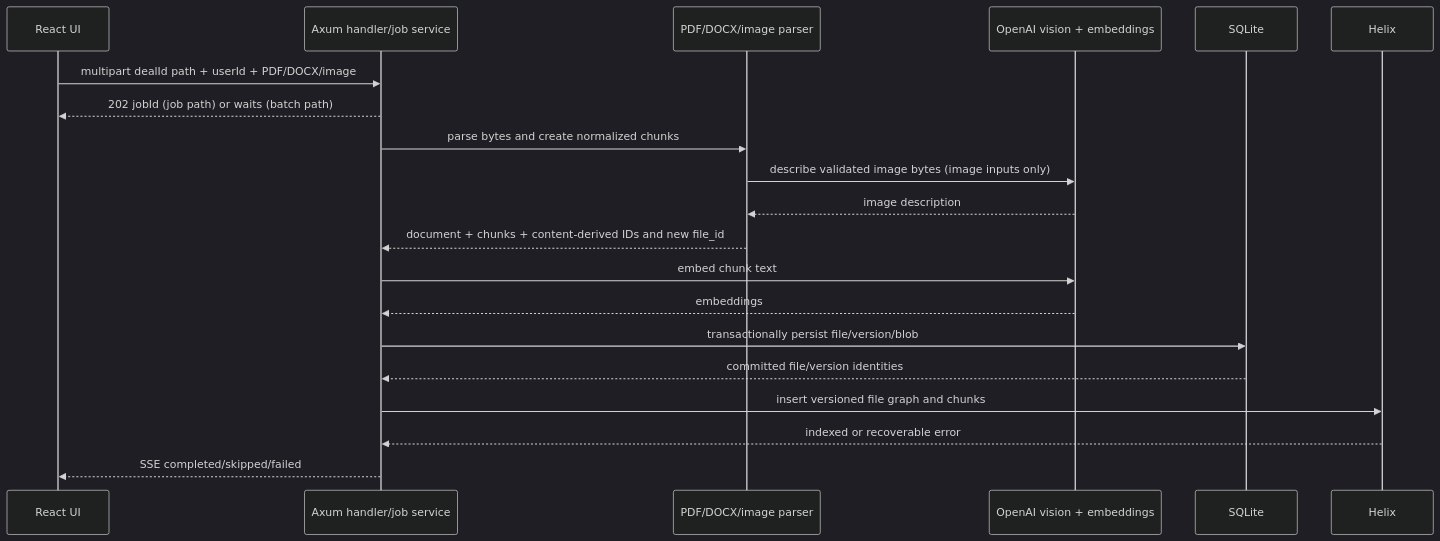
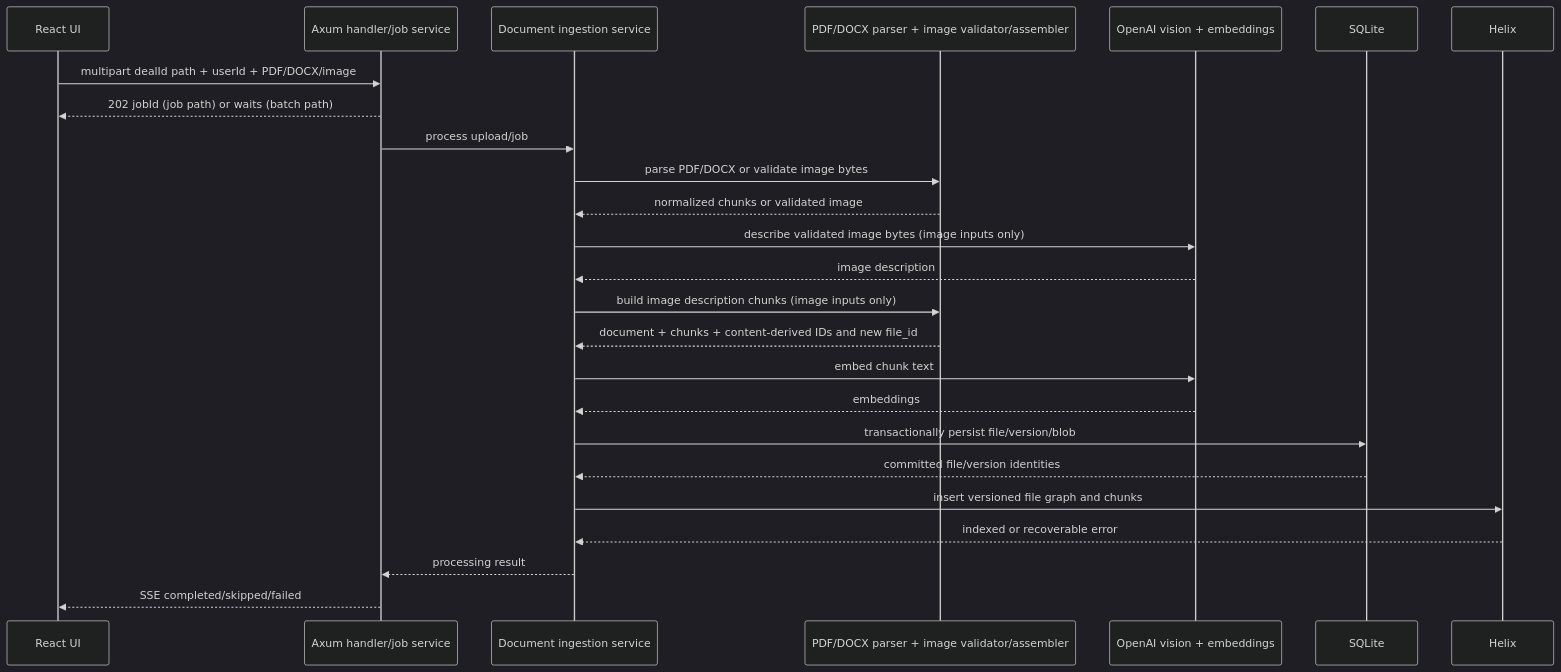
One commit to ratik-gambhir-WM/Quarry changed the third of 3 diagrams in docs/ARCHITECTURE.md. Above: the diagram before and after it, drawn with Mermaid (dark theme). The commit also changed 18 other files, not shown here.

Commit message:
refactored image ingestion a little bit

````diff
--- a/docs/ARCHITECTURE.md
+++ b/docs/ARCHITECTURE.md
@@ -1055,23 +1055,28 @@
 ```mermaid
 sequenceDiagram
     participant UI as React UI
     participant API as Axum handler/job service
-    participant Parser as PDF/DOCX/image parser
+    participant Ingestion as Document ingestion service
+    participant Parser as PDF/DOCX parser + image validator/assembler
     participant AI as OpenAI vision + embeddings
     participant SQL as SQLite
     participant H as Helix
 
     UI->>API: multipart dealId path + userId + PDF/DOCX/image
     API-->>UI: 202 jobId (job path) or waits (batch path)
-    API->>Parser: parse bytes and create normalized chunks
-    Parser->>AI: describe validated image bytes (image inputs only)
-    AI-->>Parser: image description
-    Parser-->>API: document + chunks + content-derived IDs and new file_id
-    API->>AI: embed chunk text
-    AI-->>API: embeddings
-    API->>SQL: transactionally persist file/version/blob
-    SQL-->>API: committed file/version identities
-    API->>H: insert versioned file graph and chunks
-    H-->>API: indexed or recoverable error
+    API->>Ingestion: process upload/job
+    Ingestion->>Parser: parse PDF/DOCX or validate image bytes
+    Parser-->>Ingestion: normalized chunks or validated image
+    Ingestion->>AI: describe validated image bytes (image inputs only)
+    AI-->>Ingestion: image description
+    Ingestion->>Parser: build image description chunks (image inputs only)
+    Parser-->>Ingestion: document + chunks + content-derived IDs and new file_id
+    Ingestion->>AI: embed chunk text
+    AI-->>Ingestion: embeddings
+    Ingestion->>SQL: transactionally persist file/version/blob
+    SQL-->>Ingestion: committed file/version identities
+    Ingestion->>H: insert versioned file graph and chunks
+    H-->>Ingestion: indexed or recoverable error
+    Ingestion-->>API: processing result
     API-->>UI: SSE completed/skipped/failed
 ```
````
